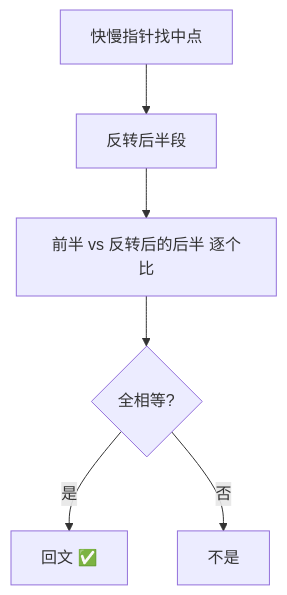
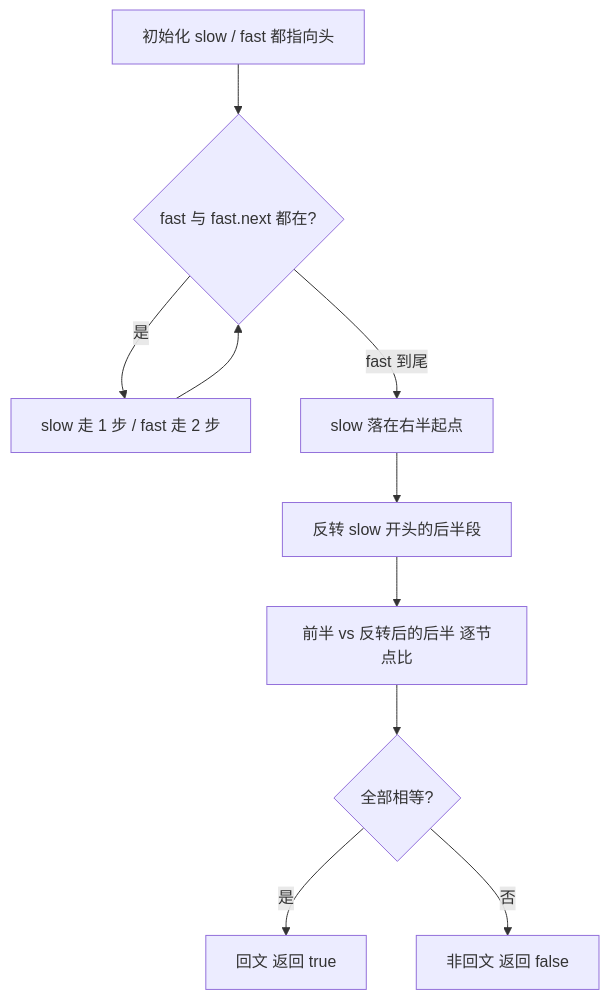
One commit to OctalZero/hot100-py changed the first of 2 diagrams in 08-链表/0234-回文链表.md. Above: the diagram before and after it, drawn with Mermaid. The commit also changed other lines of this file and 117 other files, not shown here.

First line of the commit message:
feat: 全题解配图升级为「动画式 mermaid」（总览骨架 + 横向时间线逐步推演）

````diff
--- a/08-链表/0234-回文链表.md
+++ b/08-链表/0234-回文链表.md
@@ -20,8 +20,12 @@
 ```mermaid
 flowchart TD
-    A["快慢指针找中点"] --> B["反转后半段"]
-    B --> C["前半 vs 反转后的后半 逐个比"]
-    C --> D{"全相等?"}
-    D -- "是" --> E["回文 ✅"]
-    D -- "否" --> F["不是"]
+    A["初始化 slow / fast 都指向头"] --> B{"fast 与 fast.next 都在?"}
+    B -->|"是"| C["slow 走 1 步 / fast 走 2 步"]
+    C --> B
+    B -->|"fast 到尾"| D["slow 落在右半起点"]
+    D --> E["反转 slow 开头的后半段"]
+    E --> F["前半 vs 反转后的后半 逐节点比"]
+    F --> G{"全部相等?"}
+    G -->|"是"| H["回文 返回 true"]
+    G -->|"否"| I["非回文 返回 false"]
 ```
````
